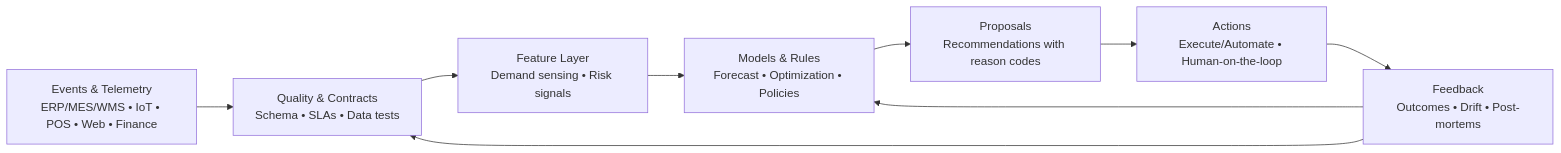
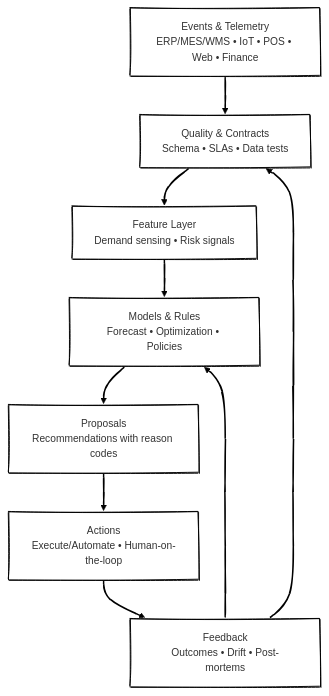
One commit to antomon/antomon.github.io changed the second of 5 diagrams in posts/from-planning-to-orchestration-reimagining-enterprise-beyond-S&OP/index.qmd. Above: the diagram before and after it, drawn with Mermaid. The commit also changed other lines of this file and 4 other files, not shown here.

````diff
--- a/posts/from-planning-to-orchestration-reimagining-enterprise-beyond-S&OP/index.qmd
+++ b/posts/from-planning-to-orchestration-reimagining-enterprise-beyond-S&OP/index.qmd
@@ -165,19 +163,19 @@
 ```{mermaid}
 %%| label: signal-pipeline
 %%| fig-cap: Signals over snapshots — end-to-end decision pipeline
 %%| fig-alt: From raw events and telemetry to decisions and actions with feedback
 %%| fig-align: "center"
+%%{init: {"theme": "neo", "look": "handDrawn"}}%%
 
-
-flowchart LR
+flowchart TD
   E[Events & Telemetry\nERP/MES/WMS • IoT • POS • Web • Finance]
   Q[Quality & Contracts\nSchema • SLAs • Data tests]
   F[Feature Layer\nDemand sensing • Risk signals]
   M[Models & Rules\nForecast • Optimization • Policies]
   P[Proposals\nRecommendations with reason codes]
   A[Actions\nExecute/Automate • Human-on-the-loop]
   FB[Feedback\nOutcomes • Drift • Post-mortems]
 
   E --> Q --> F --> M --> P --> A --> FB --> M
   FB --> Q
 ```
````
